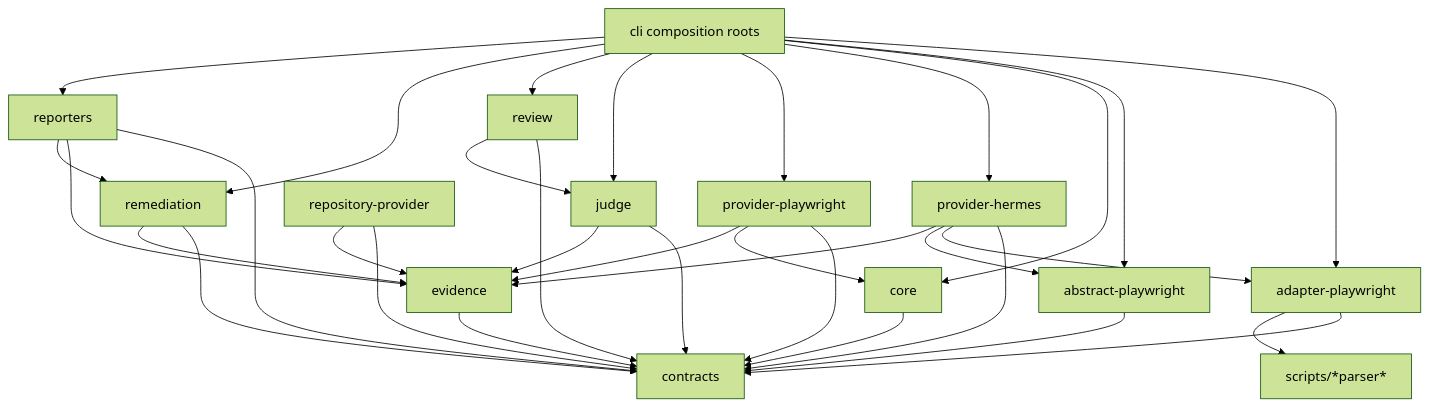
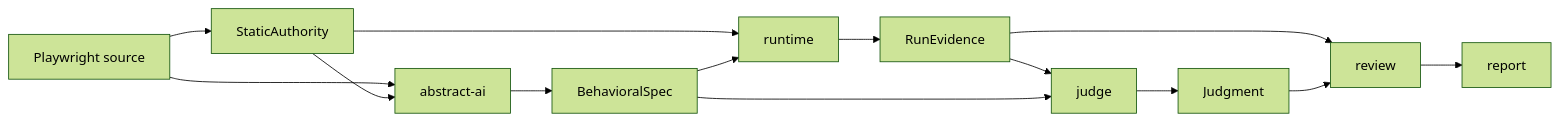
The diagram in apps/playwright-spec-for-ai-agent/ARCHITECTURE.md (lodado/playwright-spec-for-AI-Agent), drawn with Mermaid (forest theme) before and after one commit. The commit also changed other lines of this file and 90 other files, not shown here.

````diff
--- a/apps/playwright-spec-for-ai-agent/ARCHITECTURE.md
+++ b/apps/playwright-spec-for-ai-agent/ARCHITECTURE.md
@@ -722,50 +39,16 @@
 ```mermaid
-flowchart TD
-  Contracts["contracts"]
-  Parsers["scripts/*parser*"]
-  Adapter["adapter-playwright"]
-  Abstract["abstract-playwright"]
-  Core["core"]
-  Evidence["evidence"]
-  Hermes["provider-hermes"]
-  Playwright["provider-playwright"]
-  Judge["judge"]
-  Review["review"]
-  Repo["repository-provider"]
-  Remediation["remediation"]
-  Reporters["reporters"]
-  CLI["cli composition roots"]
-
-  Adapter --> Contracts
-  Adapter --> Parsers
-  Abstract --> Contracts
-  Hermes --> Contracts
-  Hermes --> Adapter
-  Hermes --> Abstract
-  Hermes --> Evidence
-  Core --> Contracts
-  Evidence --> Contracts
-  Playwright --> Contracts
-  Playwright --> Core
-  Playwright --> Evidence
-  Judge --> Contracts
-  Judge --> Evidence
-  Review --> Contracts
-  Review --> Judge
-  Repo --> Contracts
-  Repo --> Evidence
-  Remediation --> Contracts
-  Remediation --> Evidence
-  Reporters --> Contracts
-  Reporters --> Evidence
-  Reporters --> Remediation
-  CLI --> Adapter
-  CLI --> Abstract
-  CLI --> Core
-  CLI --> Hermes
-  CLI --> Playwright
-  CLI --> Judge
-  CLI --> Review
-  CLI --> Remediation
-  CLI --> Reporters
+flowchart LR
+  Spec["Playwright source"] --> Authority["StaticAuthority"]
+  Spec --> Abstract["abstract-ai"]
+  Authority --> Abstract
+  Abstract --> Behavior["BehavioralSpec"]
+  Authority --> Runtime["runtime"]
+  Behavior --> Runtime
+  Runtime --> Evidence["RunEvidence"]
+  Evidence --> Judge["judge"]
+  Behavior --> Judge
+  Judge --> Judgment["Judgment"]
+  Evidence --> Review["review"]
+  Judgment --> Review
+  Review --> Report["report"]
 ```
````
